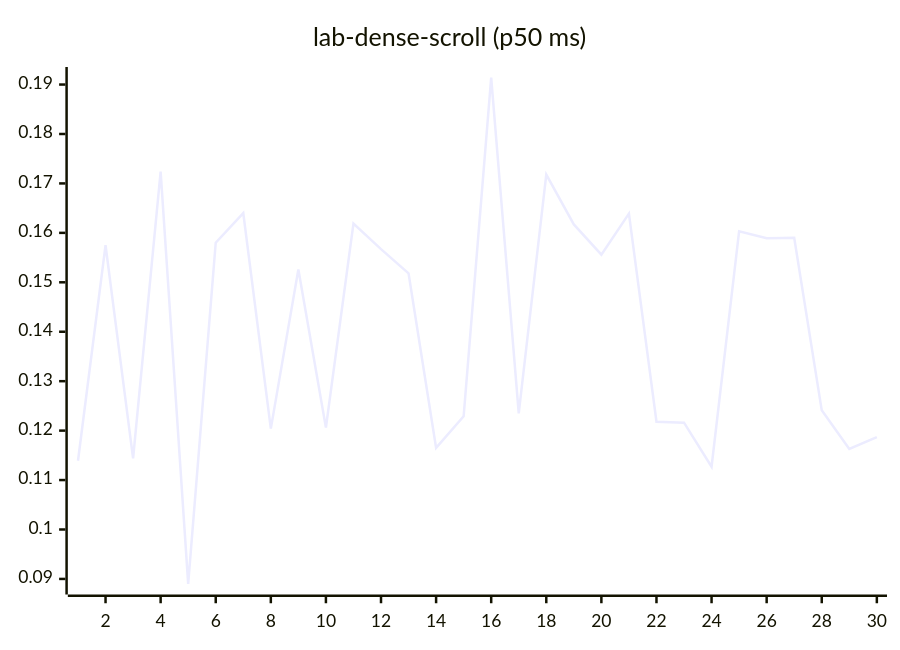
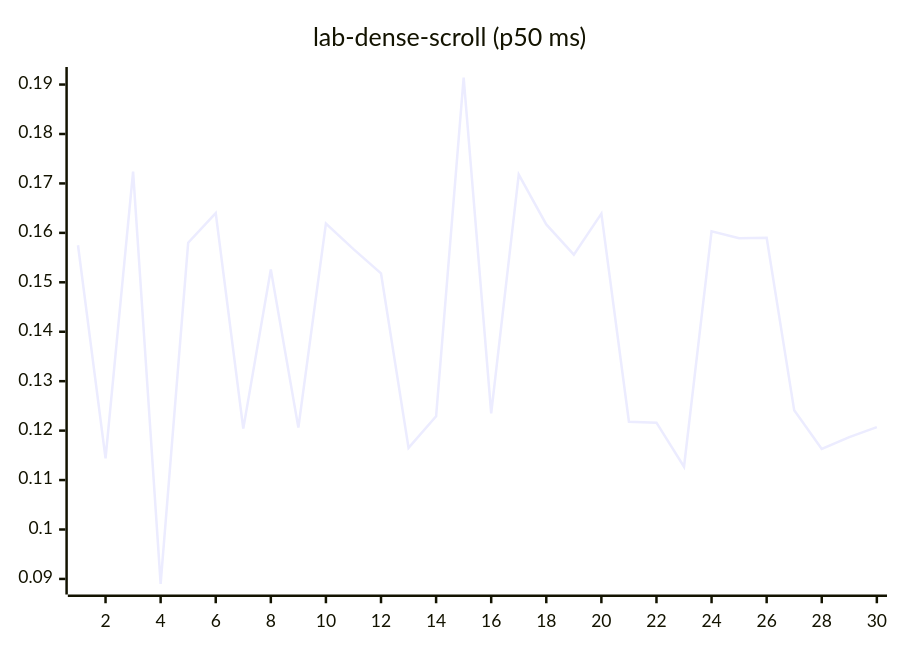
Before and after one commit to josha/Facet: diagram 12 of 27 in README.md, drawn with Mermaid. The commit also changed other lines of this file and 2 other files, not shown here.

````diff
--- a/README.md
+++ b/README.md
@@ -140,6 +140,6 @@
 ```mermaid
 xychart-beta
     title "lab-dense-scroll (p50 ms)"
     x-axis 1 --> 30
-    line [0.1139, 0.1575, 0.1144, 0.1724, 0.0890, 0.1580, 0.1640, 0.1204, 0.1526, 0.1206, 0.1619, 0.1567, 0.1518, 0.1165, 0.1229, 0.1914, 0.1235, 0.1718, 0.1617, 0.1556, 0.1639, 0.1218, 0.1216, 0.1127, 0.1603, 0.1589, 0.1590, 0.1241, 0.1163, 0.1187]
+    line [0.1575, 0.1144, 0.1724, 0.0890, 0.1580, 0.1640, 0.1204, 0.1526, 0.1206, 0.1619, 0.1567, 0.1518, 0.1165, 0.1229, 0.1914, 0.1235, 0.1718, 0.1617, 0.1556, 0.1639, 0.1218, 0.1216, 0.1127, 0.1603, 0.1589, 0.1590, 0.1241, 0.1163, 0.1187, 0.1207]
 ```
````
